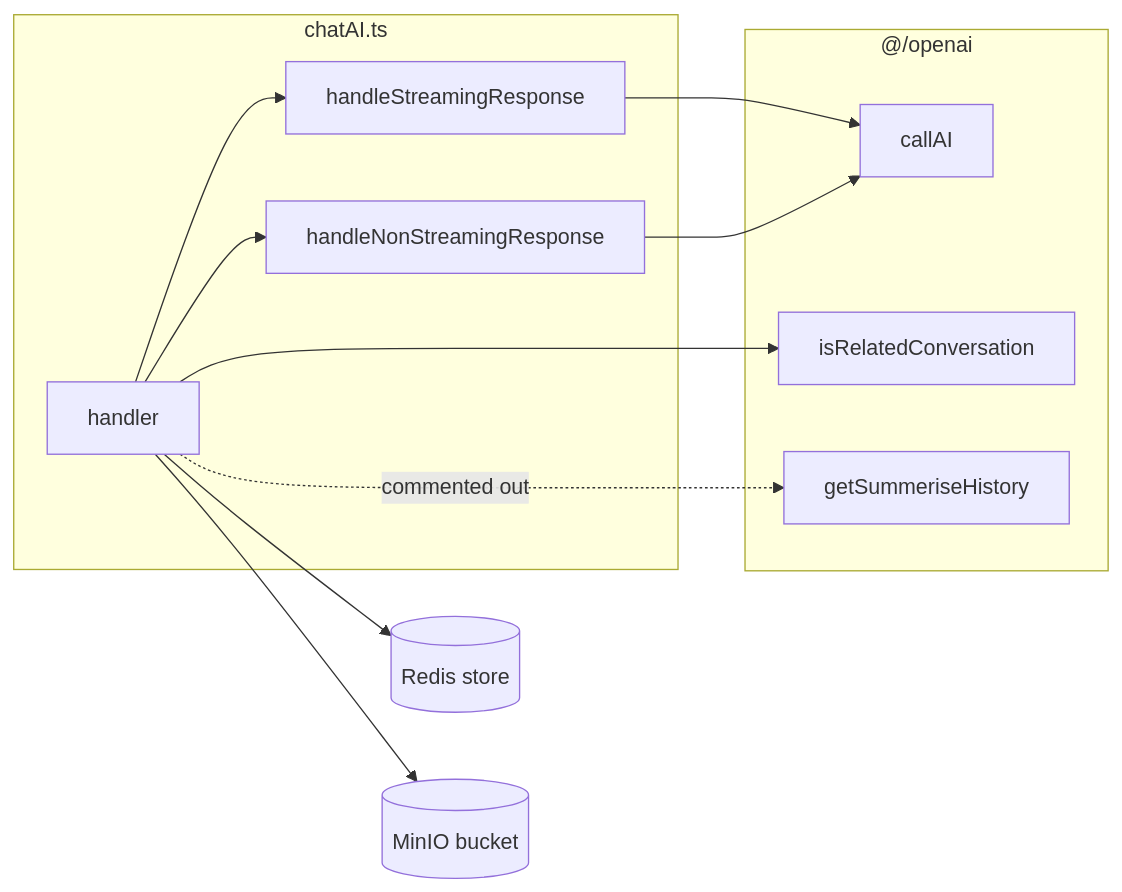
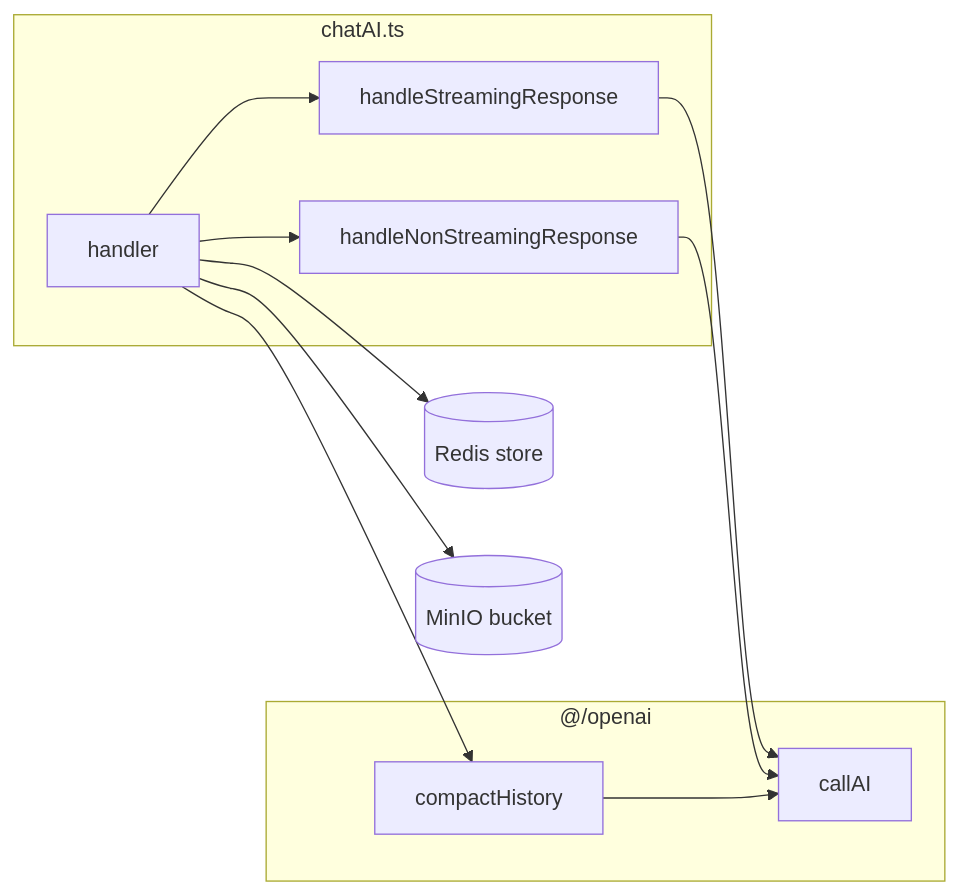
Before and after one commit to dork7/nodets-app: the second of 2 diagrams in src/ws/server/handlers/chatbot/chatAI.md, drawn with Mermaid. The commit also changed other lines of this file and 13 other files, not shown here.

````diff
--- a/src/ws/server/handlers/chatbot/chatAI.md
+++ b/src/ws/server/handlers/chatbot/chatAI.md
@@ -49,27 +50,26 @@
 ```mermaid
 flowchart LR
     subgraph Handler["chatAI.ts"]
         H[handler]
         HS[handleStreamingResponse]
         HNS[handleNonStreamingResponse]
     end
 
     Redis[(Redis store)]
     MinIO[(MinIO bucket)]
 
     H --> Redis
     H --> MinIO
     H --> HS
     H --> HNS
 
     subgraph openai["@/openai"]
         AI[callAI]
-        IRC[isRelatedConversation]
-        GSH[getSummeriseHistory]
+        CH[compactHistory]
     end
 
     HS --> AI
     HNS --> AI
-    H --> IRC
-    H -. commented out .-> GSH
+    H --> CH
+    CH --> AI
 ```
````
